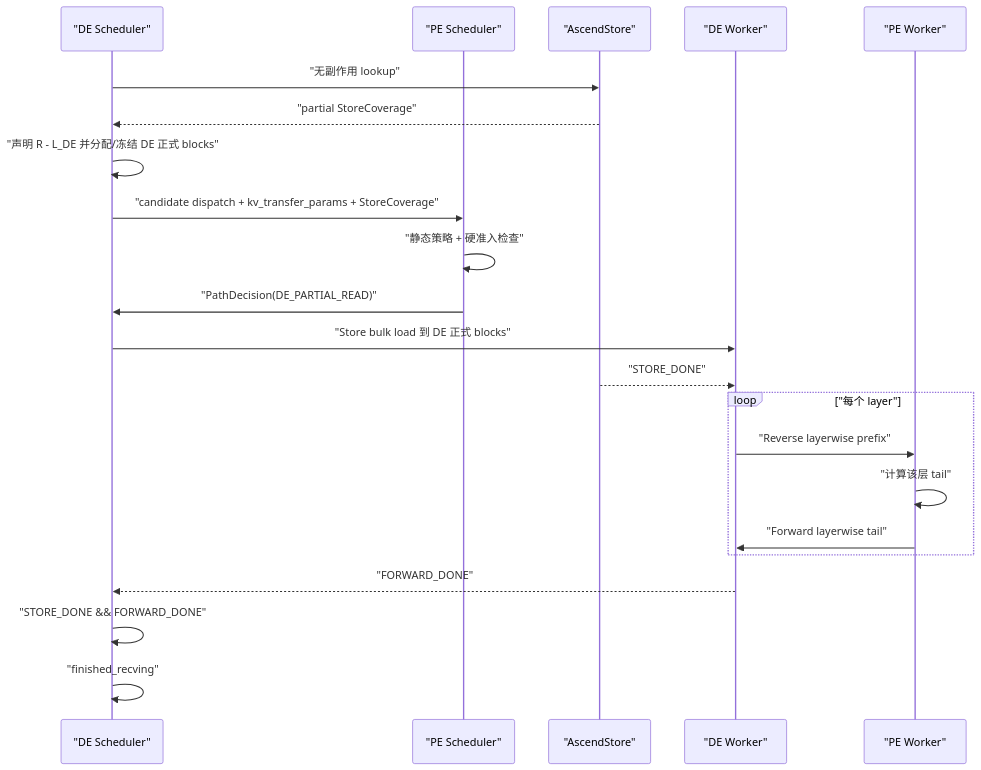
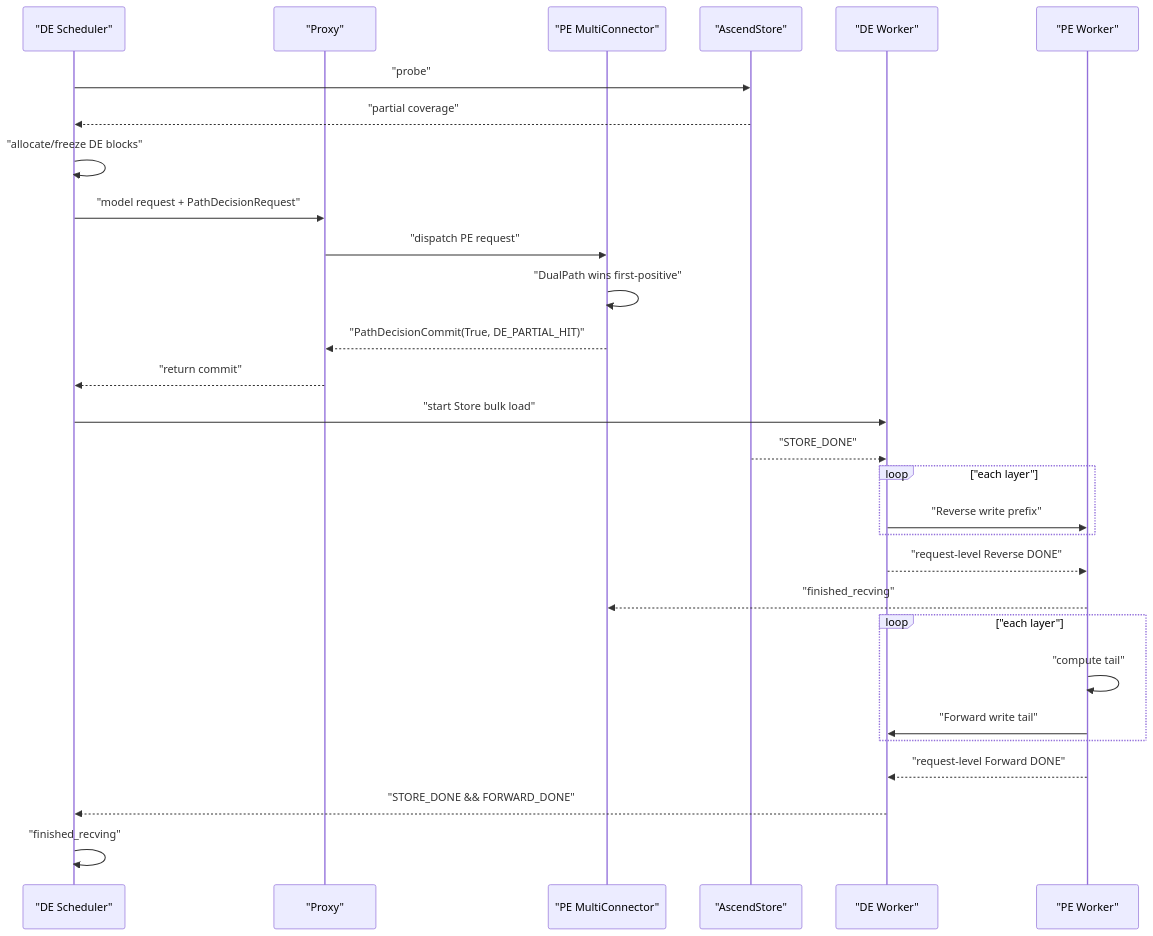
The fourth of 4 diagrams in docs/superpowers/specs/2026-07-23-dual-path-connector-stage1-option-a-detailed-design.md (mazifan0120/vllm-ascend), drawn with Mermaid before and after one commit. The commit also changed other lines of this file and 27 other files, not shown here.

First line of the commit message:
docs: refresh DualPath Option A design and add independent review

````diff
--- a/docs/superpowers/specs/2026-07-23-dual-path-connector-stage1-option-a-detailed-design.md
+++ b/docs/superpowers/specs/2026-07-23-dual-path-connector-stage1-option-a-detailed-design.md
@@ -1960,25 +1096,32 @@
 ```mermaid
 sequenceDiagram
     participant DES as "DE Scheduler"
-    participant PES as "PE Scheduler"
+    participant Proxy as "Proxy"
+    participant Multi as "PE MultiConnector"
     participant Store as "AscendStore"
     participant DEW as "DE Worker"
     participant PEW as "PE Worker"
 
-    DES->>Store: "无副作用 lookup"
-    Store-->>DES: "partial StoreCoverage"
-    DES->>DES: "声明 R - L_DE 并分配/冻结 DE 正式 blocks"
-    DES->>PES: "candidate dispatch + kv_transfer_params + StoreCoverage"
-    PES->>PES: "静态策略 + 硬准入检查"
-    PES->>DES: "PathDecision(DE_PARTIAL_READ)"
-    DES->>DEW: "Store bulk load 到 DE 正式 blocks"
+    DES->>Store: "probe"
+    Store-->>DES: "partial coverage"
+    DES->>DES: "allocate/freeze DE blocks"
+    DES->>Proxy: "model request + PathDecisionRequest"
+    Proxy->>Multi: "dispatch PE request"
+    Multi->>Multi: "DualPath wins first-positive"
+    Multi-->>Proxy: "PathDecisionCommit(True, DE_PARTIAL_HIT)"
+    Proxy-->>DES: "return commit"
+    DES->>DEW: "start Store bulk load"
     Store-->>DEW: "STORE_DONE"
-    loop "每个 layer"
-        DEW->>PEW: "Reverse layerwise prefix"
-        PEW->>PEW: "计算该层 tail"
-        PEW->>DEW: "Forward layerwise tail"
+    loop "each layer"
+        DEW->>PEW: "Reverse write prefix"
     end
-    DEW-->>DES: "FORWARD_DONE"
-    DES->>DES: "STORE_DONE && FORWARD_DONE"
+    DEW-->>PEW: "request-level Reverse DONE"
+    PEW-->>Multi: "finished_recving"
+    loop "each layer"
+        PEW->>PEW: "compute tail"
+        PEW->>DEW: "Forward write tail"
+    end
+    PEW-->>DEW: "request-level Forward DONE"
+    DEW-->>DES: "STORE_DONE && FORWARD_DONE"
     DES->>DES: "finished_recving"
 ```
````
